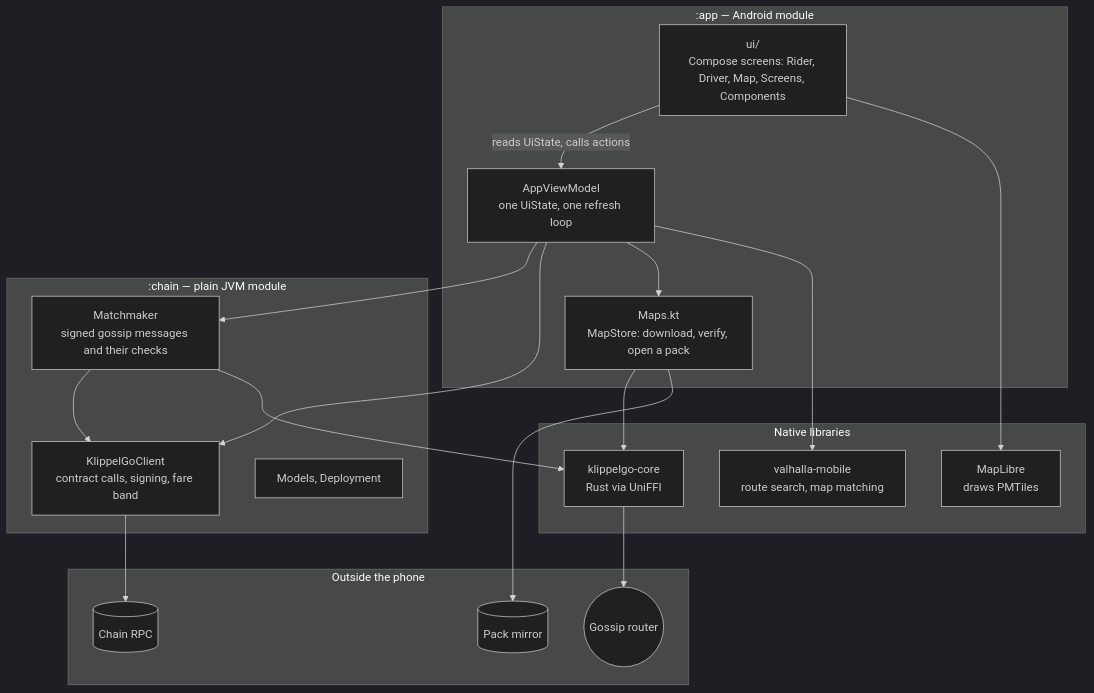
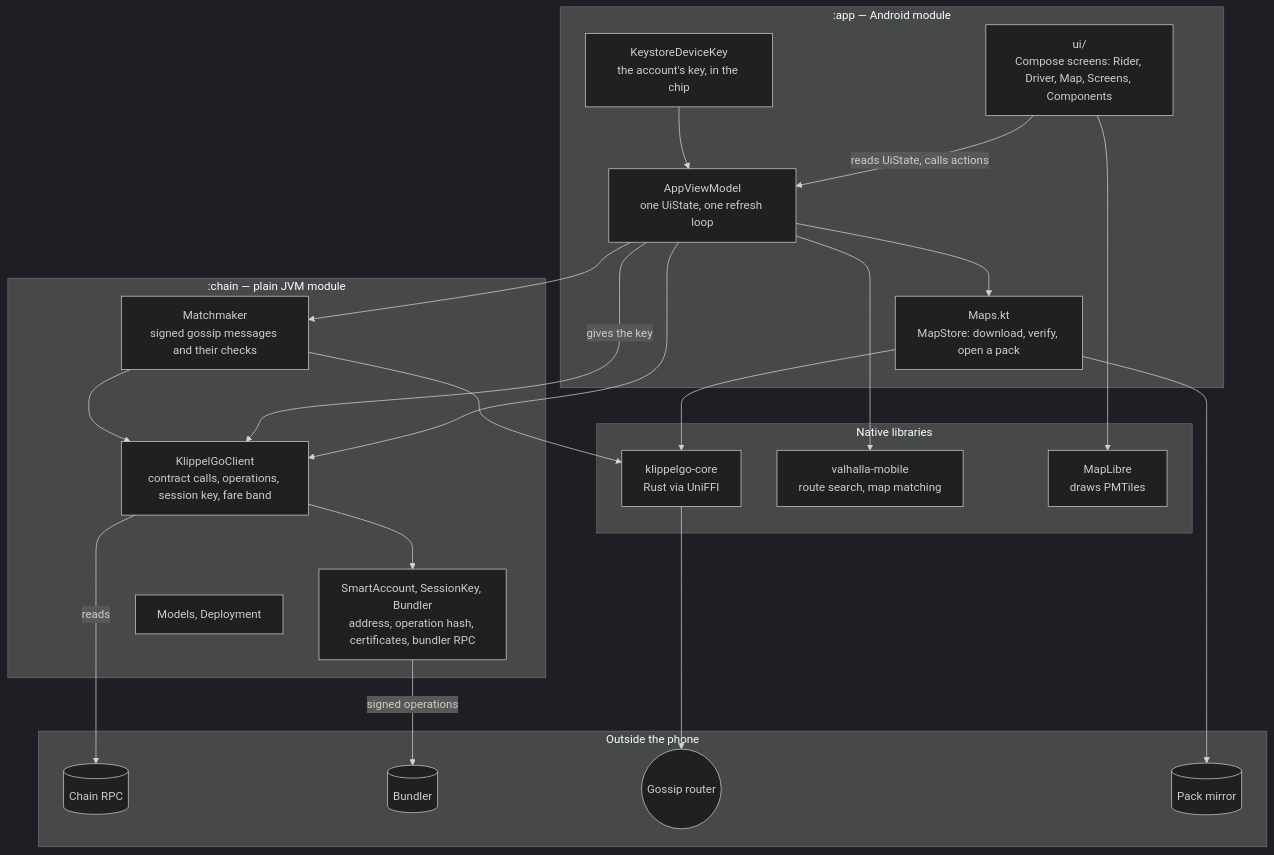
One commit to MuriloSchaefer/klippelgo changed the first of 3 diagrams in apps/docs/overview.md. Above: the diagram before and after it, drawn with Mermaid (dark theme). The commit also changed other lines of this file and 83 other files, not shown here.

````diff
--- a/apps/docs/overview.md
+++ b/apps/docs/overview.md
@@ -13,34 +13,41 @@
 ```mermaid
 flowchart TB
     subgraph app [":app — Android module"]
         ui[ui/<br/>Compose screens: Rider, Driver, Map, Screens, Components]
         vm[AppViewModel<br/>one UiState, one refresh loop]
         maps[Maps.kt<br/>MapStore: download, verify, open a pack]
+        ks["KeystoreDeviceKey<br/>the account's key, in the chip"]
     end
     subgraph chainmod [":chain — plain JVM module"]
         mm[Matchmaker<br/>signed gossip messages and their checks]
-        client[KlippelGoClient<br/>contract calls, signing, fare band]
+        client[KlippelGoClient<br/>contract calls, operations, session key, fare band]
+        acct[SmartAccount, SessionKey, Bundler<br/>address, operation hash, certificates, bundler RPC]
         models[Models, Deployment]
     end
     subgraph native [Native libraries]
         core[klippelgo-core<br/>Rust via UniFFI]
         val[valhalla-mobile<br/>route search, map matching]
         ml[MapLibre<br/>draws PMTiles]
     end
     subgraph outside [Outside the phone]
         rpc[(Chain RPC)]
+        bundler[(Bundler)]
         gossip((Gossip router))
         mirror[(Pack mirror)]
     end
 
     ui -- reads UiState, calls actions --> vm
     vm --> mm & client & maps
     vm --> val
+    vm -- gives the key --> client
+    ks --> vm
     ui --> ml
     mm --> client
     mm --> core
     maps --> core
-    client --> rpc
+    client --> acct
+    client -- reads --> rpc
+    acct -- signed operations --> bundler
     core --> gossip
     maps --> mirror
 ```
````
